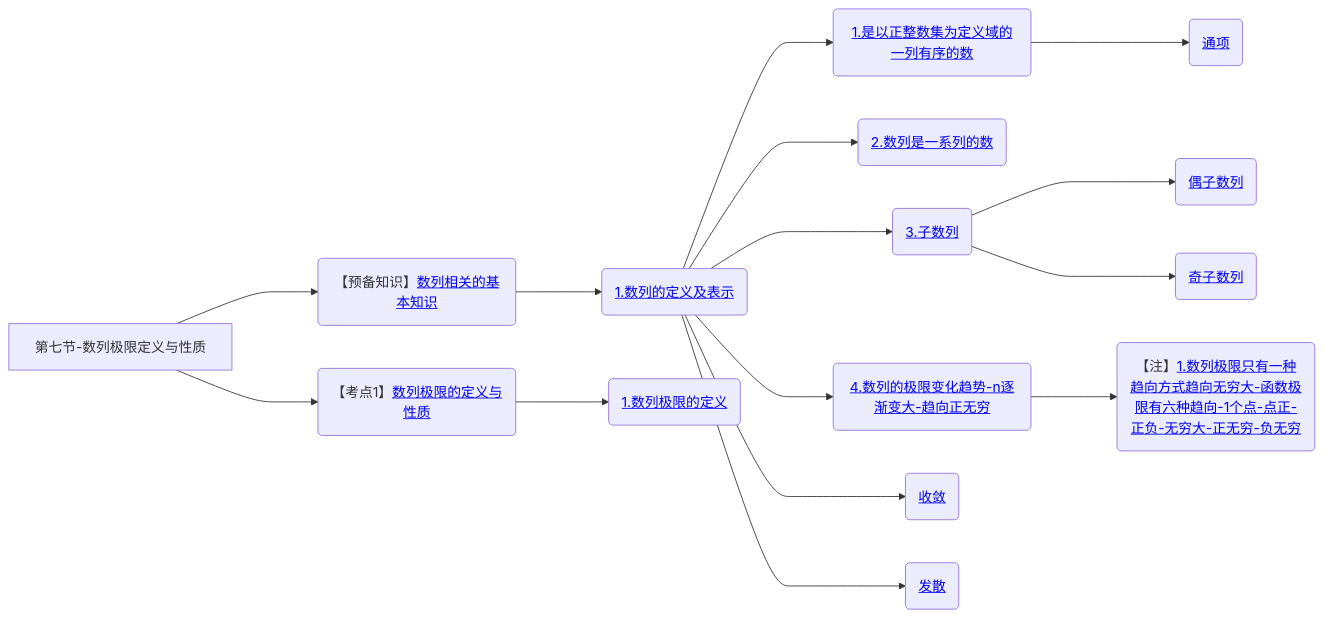
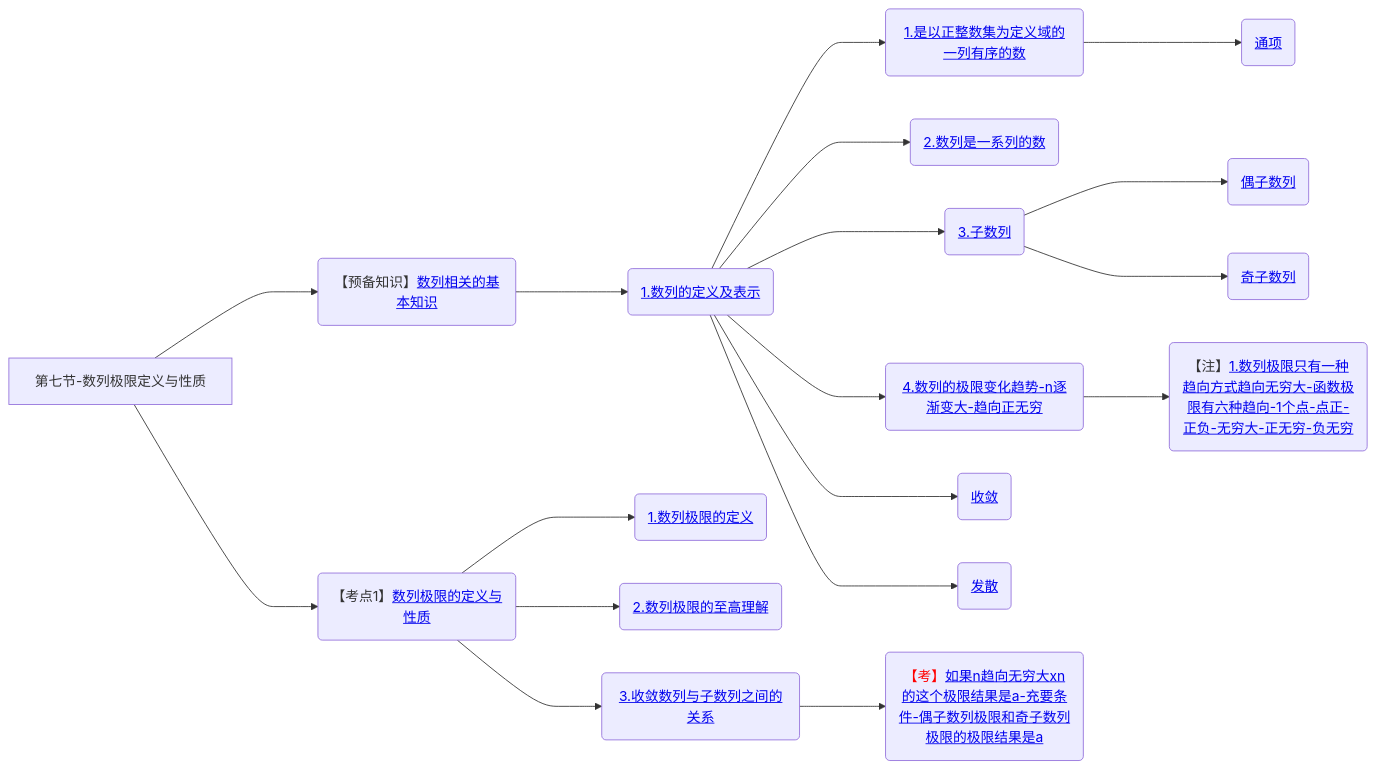
Before and after one commit to yuebinghui/note: the seventh of 7 diagrams in 笔记/数学/周洋鑫/01.基础班思维导图.md, drawn with Mermaid. The commit also changed 9 other files, not shown here.

````diff
--- a/笔记/数学/周洋鑫/01.基础班思维导图.md
+++ b/笔记/数学/周洋鑫/01.基础班思维导图.md
@@ -255,24 +255,27 @@
 ```mermaid
 graph LR
 第七节-数列极限定义与性质
 
 第七节-数列极限定义与性质--->数列相关的基本知识(【预备知识】<a href="/Users/yuebinghui/Documents/program/github/note/笔记/数学/周洋鑫/基础班/07.数列极限定义与性质.md#数列相关的基本知识">数列相关的基本知识</>)
 数列相关的基本知识--->1.数列的定义及表示(<a href="/Users/yuebinghui/Documents/program/github/note/笔记/数学/周洋鑫/基础班/07.数列极限定义与性质.md#1.数列的定义及表示">1.数列的定义及表示</>)
 1.数列的定义及表示--->1.是以正整数集为定义域的一列有序的数(<a href="/Users/yuebinghui/Documents/program/github/note/笔记/数学/周洋鑫/基础班/07.数列极限定义与性质.md#1.是以正整数集为定义域的一列有序的数">1.是以正整数集为定义域的一列有序的数</>)
 1.是以正整数集为定义域的一列有序的数--->通项(<a href="/Users/yuebinghui/Documents/program/github/note/笔记/数学/周洋鑫/基础班/07.数列极限定义与性质.md#通项">通项</>)
 
 1.数列的定义及表示--->2.数列是一系列的数(<a href="/Users/yuebinghui/Documents/program/github/note/笔记/数学/周洋鑫/基础班/07.数列极限定义与性质.md#2.数列是一系列的数">2.数列是一系列的数</>)
 
 1.数列的定义及表示--->3.子数列(<a href="/Users/yuebinghui/Documents/program/github/note/笔记/数学/周洋鑫/基础班/07.数列极限定义与性质.md#3.子数列">3.子数列</>)
 3.子数列--->偶子数列(<a href="/Users/yuebinghui/Documents/program/github/note/笔记/数学/周洋鑫/基础班/07.数列极限定义与性质.md#偶子数列">偶子数列</>)
 3.子数列--->奇子数列(<a href="/Users/yuebinghui/Documents/program/github/note/笔记/数学/周洋鑫/基础班/07.数列极限定义与性质.md#奇子数列">奇子数列</>)
 
 1.数列的定义及表示--->4.数列的极限变化趋势-n逐渐变大-趋向正无穷(<a href="/Users/yuebinghui/Documents/program/github/note/笔记/数学/周洋鑫/基础班/07.数列极限定义与性质.md#4.数列的极限变化趋势-n逐渐变大-趋向正无穷">4.数列的极限变化趋势-n逐渐变大-趋向正无穷</>)
 4.数列的极限变化趋势-n逐渐变大-趋向正无穷--->1.数列极限只有一种趋向方式趋向无穷大-函数极限有六种趋向-1个点-点正-正负-无穷大-正无穷-负无穷(【注】<a href="/Users/yuebinghui/Documents/program/github/note/笔记/数学/周洋鑫/基础班/07.数列极限定义与性质.md#1.数列极限只有一种趋向方式趋向无穷大-函数极限有六种趋向-1个点-点正-正负-无穷大-正无穷-负无穷">1.数列极限只有一种趋向方式趋向无穷大-函数极限有六种趋向-1个点-点正-正负-无穷大-正无穷-负无穷</>)
 1.数列的定义及表示--->收敛(<a href="/Users/yuebinghui/Documents/program/github/note/笔记/数学/周洋鑫/基础班/07.数列极限定义与性质.md#收敛">收敛</>)
 1.数列的定义及表示--->发散(<a href="/Users/yuebinghui/Documents/program/github/note/笔记/数学/周洋鑫/基础班/07.数列极限定义与性质.md#发散">发散</>)
 
 
 第七节-数列极限定义与性质--->数列极限的定义与性质(【考点1】<a href="/Users/yuebinghui/Documents/program/github/note/笔记/数学/周洋鑫/基础班/07.数列极限定义与性质.md#数列极限的定义与性质">数列极限的定义与性质</>)
 数列极限的定义与性质--->1.数列极限的定义(<a href="/Users/yuebinghui/Documents/program/github/note/笔记/数学/周洋鑫/基础班/07.数列极限定义与性质.md#1.数列极限的定义">1.数列极限的定义</>)
+数列极限的定义与性质--->2.数列极限的至高理解(<a href="/Users/yuebinghui/Documents/program/github/note/笔记/数学/周洋鑫/基础班/07.数列极限定义与性质.md#2.数列极限的至高理解">2.数列极限的至高理解</>)
+数列极限的定义与性质--->3.收敛数列与子数列之间的关系(<a href="/Users/yuebinghui/Documents/program/github/note/笔记/数学/周洋鑫/基础班/07.数列极限定义与性质.md#3.收敛数列与子数列之间的关系">3.收敛数列与子数列之间的关系</>)
+3.收敛数列与子数列之间的关系--->如果n趋向无穷大xn的这个极限结果是a-充要条件-偶子数列极限和奇子数列极限的极限结果是a(<span style="color:red">【考】</span><a href="/Users/yuebinghui/Documents/program/github/note/笔记/数学/周洋鑫/基础班/07.数列极限定义与性质.md#如果n趋向无穷大xn的这个极限结果是a-充要条件-偶子数列极限和奇子数列极限的极限结果是a">如果n趋向无穷大xn的这个极限结果是a-充要条件-偶子数列极限和奇子数列极限的极限结果是a</>)
 ```
````
